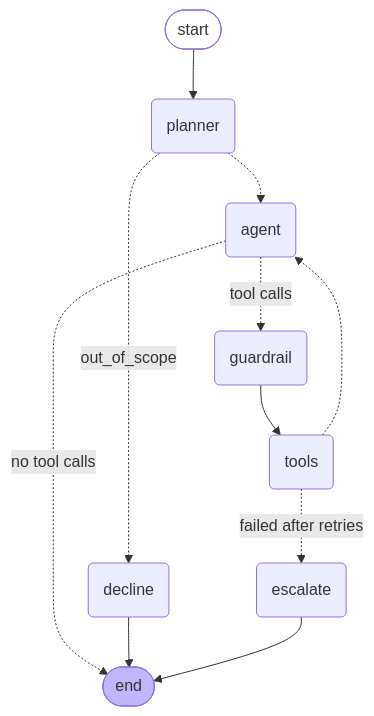
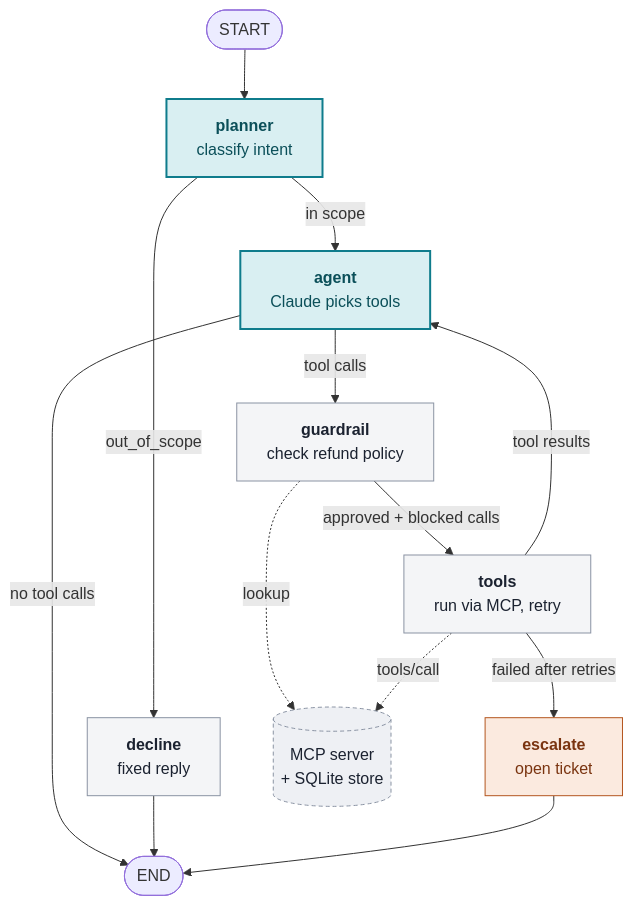
One commit to nibmz7/agentic-eval-lab changed the diagram in docs/decisions/0003-agent-graph.md. Above: the diagram before and after it, drawn with Mermaid. The commit also changed other lines of this file and 1 other file, not shown here.

Commit message:
Replace the ASCII agent diagram with a styled Mermaid flowchart
GitHub renders Mermaid as a chart. Nodes that call Claude, plain-code
nodes, the escalation path and the MCP server are styled differently.

Claude-Session: https://claude.ai/code/session_013azXeSzGpZRwUGvTs5GoFr

````diff
--- a/docs/decisions/0003-agent-graph.md
+++ b/docs/decisions/0003-agent-graph.md
@@ -9,23 +9,24 @@
 ```mermaid
-graph TD;
-	__start__([start]):::first
-	planner(planner)
-	decline(decline)
-	agent(agent)
-	guardrail(guardrail)
-	tools(tools)
-	escalate(escalate)
-	__end__([end]):::last
-	__start__ --> planner;
-	planner -.->|out_of_scope| decline;
-	planner -.-> agent;
-	agent -.->|tool calls| guardrail;
-	agent -.->|no tool calls| __end__;
-	guardrail --> tools;
-	tools -.-> agent;
-	tools -.->|failed after retries| escalate;
-	decline --> __end__;
-	escalate --> __end__;
-	classDef first fill-opacity:0
-	classDef last fill:#bfb6fc
+flowchart TD
+    start([START]) --> planner
+    planner["<b>planner</b><br/>classify intent"] -->|in scope| agent
+    planner -->|out_of_scope| decline["<b>decline</b><br/>fixed reply"]
+    agent["<b>agent</b><br/>Claude picks tools"] -->|no tool calls| done([END])
+    agent -->|tool calls| guardrail["<b>guardrail</b><br/>check refund policy"]
+    guardrail -->|approved + blocked calls| tools["<b>tools</b><br/>run via MCP, retry"]
+    tools -->|tool results| agent
+    tools -->|failed after retries| escalate["<b>escalate</b><br/>open ticket"]
+    decline --> done
+    escalate --> done
+    guardrail -.->|lookup| mcp[("MCP server<br/>+ SQLite store")]
+    tools -.->|tools/call| mcp
+
+    classDef llm fill:#d9eff2,stroke:#0f7c8c,stroke-width:2px,color:#0b4f59
+    classDef code fill:#f4f5f7,stroke:#8a93a3,color:#1b2230
+    classDef fail fill:#fbeadf,stroke:#b4561f,color:#7a3410
+    classDef infra fill:#eef0f4,stroke:#8a93a3,stroke-dasharray:4 3,color:#1b2230
+    class planner,agent llm
+    class decline,guardrail,tools code
+    class escalate fail
+    class mcp infra
 ```
````
